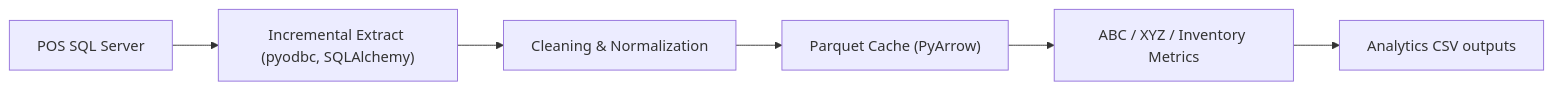
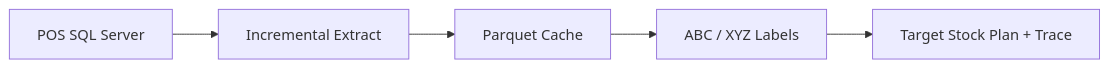
The first of 2 diagrams in README.md (chengchakkwong/POS-Data-Analytics-Pipeline), drawn with Mermaid before and after one commit. The commit also changed other lines of this file and 6 other files, not shown here.

Commit message:
docs(analytics): document forecasting data flow

````diff
--- a/README.md
+++ b/README.md
@@ -88,10 +88,9 @@
 ```mermaid
 flowchart LR
   PosDB["POS SQL Server"]
-  Extract["Incremental Extract (pyodbc, SQLAlchemy)"]
-  Clean["Cleaning & Normalization"]
-  Cache["Parquet Cache (PyArrow)"]
-  Metrics["ABC / XYZ / Inventory Metrics"]
-  Outputs["Analytics CSV outputs"]
-  PosDB --> Extract --> Clean --> Cache --> Metrics --> Outputs
+  Extract["Incremental Extract"]
+  Cache["Parquet Cache"]
+  Labels["ABC / XYZ Labels"]
+  Plan["Target Stock Plan + Trace"]
+  PosDB --> Extract --> Cache --> Labels --> Plan
 ```
````
